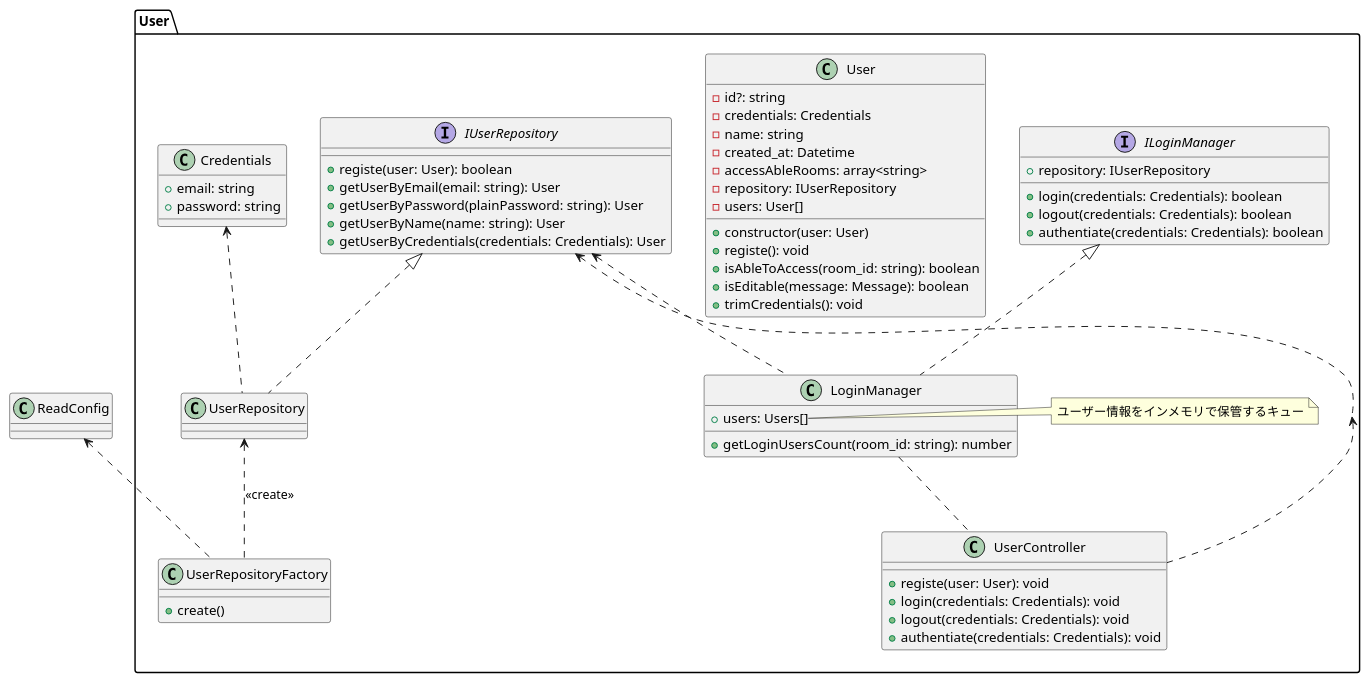
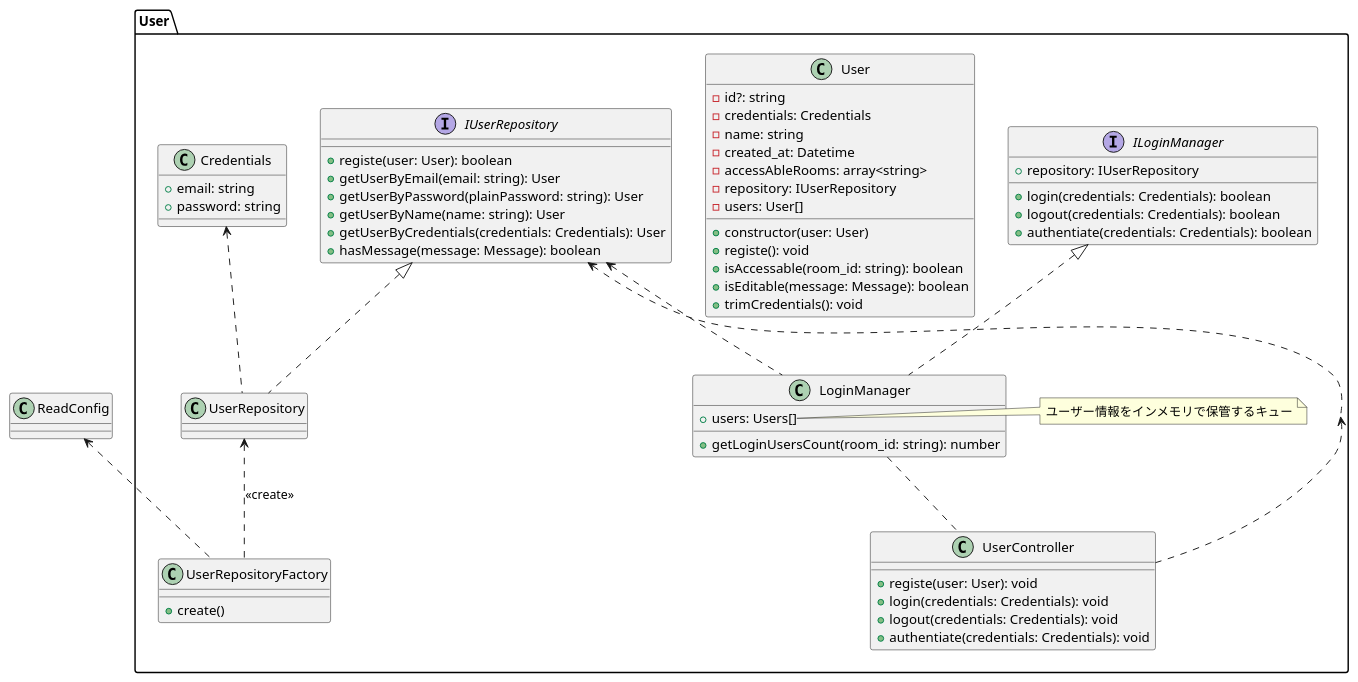
The diagram in documents/plantUML/クラス図/サーバー/クラス図User.wsd (TOnodera/chatterman), drawn with PlantUML before and after one commit. The commit also changed 11 other files, not shown here.

```diff
--- a/documents/plantUML/クラス図/サーバー/クラス図User.wsd
+++ b/documents/plantUML/クラス図/サーバー/クラス図User.wsd
@@ -1,72 +1,73 @@
 @startuml
 
 package User{
     class Credentials{
         +email: string
         +password: string
     }
 
     class User{
         -id?: string
         -credentials: Credentials
         -name: string
         -created_at: Datetime
         -accessAbleRooms: array<string>
         -repository: IUserRepository
         -users: User[]
         +constructor(user: User)
         +registe(): void
-        +isAbleToAccess(room_id: string): boolean
+        +isAccessable(room_id: string): boolean
         +isEditable(message: Message): boolean
         +trimCredentials(): void
     }
 
     Interface ILoginManager{
         +repository: IUserRepository
         +login(credentials: Credentials): boolean
         +logout(credentials: Credentials): boolean
         +authentiate(credentials: Credentials): boolean
     }
 
     class LoginManager{
         +users: Users[]
         +getLoginUsersCount(room_id: string): number
     }
     note right of LoginManager::users
         ユーザー情報をインメモリで保管するキュー
     endnote
 
     Interface IUserRepository{
         +registe(user: User): boolean
         +getUserByEmail(email: string): User
         +getUserByPassword(plainPassword: string): User
         +getUserByName(name: string): User
         +getUserByCredentials(credentials: Credentials): User
+        +hasMessage(message: Message): boolean
     }
 
     class UserRepository
 
     class UserController{
         +registe(user: User): void
         +login(credentials: Credentials): void
         +logout(credentials: Credentials): void
         +authentiate(credentials: Credentials): void
     }
 
     class UserRepositoryFactory{
         +create()
     }
 
 }
 
 User <.. UserController
 ILoginManager <|.. LoginManager
 LoginManager .. UserController
 IUserRepository <.. User
 IUserRepository <.. LoginManager
 ReadConfig <.. UserRepositoryFactory
 IUserRepository <|.. UserRepository
 UserRepository <.. UserRepositoryFactory : <<create>>
 Credentials <.. UserRepository
 
 @enduml
```
